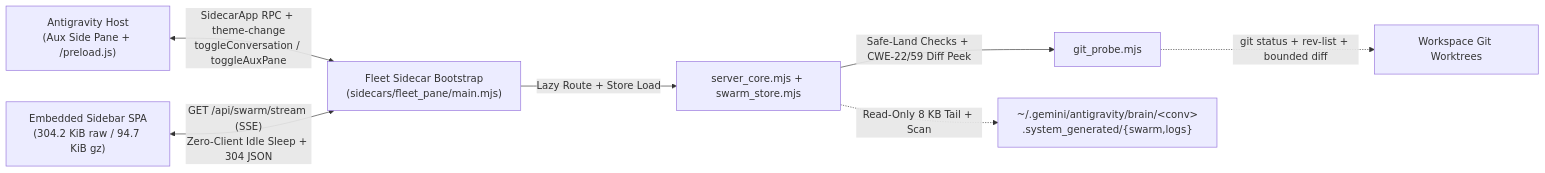
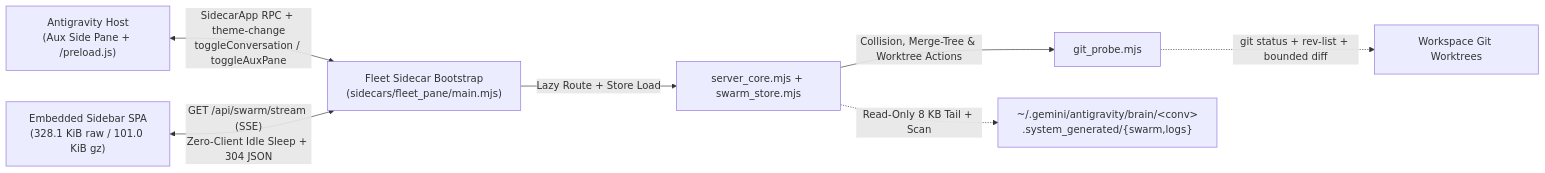
The diagram in README.md (cayleb-james2008/dsh-fleet), drawn with Mermaid before and after one commit. The commit also changed other lines of this file and 14 other files, not shown here.

Commit message:
chore(release): prepare v1.21.0 worktree collisions and merge actions

````diff
--- a/README.md
+++ b/README.md
@@ -82,9 +82,9 @@
 ```mermaid
 flowchart LR
     Host["Antigravity Host<br/>(Aux Side Pane + /preload.js)"] <-->|"SidecarApp RPC + theme-change<br/>toggleConversation / toggleAuxPane"| Backend["Fleet Sidecar Bootstrap<br/>(sidecars/fleet_pane/main.mjs)"]
-    UI["Embedded Sidebar SPA<br/>(304.2 KiB raw / 94.7 KiB gz)"] <-->|"GET /api/swarm/stream (SSE)<br/>Zero-Client Idle Sleep + 304 JSON"| Backend
+    UI["Embedded Sidebar SPA<br/>(328.1 KiB raw / 101.0 KiB gz)"] <-->|"GET /api/swarm/stream (SSE)<br/>Zero-Client Idle Sleep + 304 JSON"| Backend
     Backend -->|"Lazy Route + Store Load"| Core["server_core.mjs + swarm_store.mjs"]
-    Core -->|"Safe-Land Checks + CWE-22/59 Diff Peek"| Git["git_probe.mjs"]
+    Core -->|"Collision, Merge-Tree & Worktree Actions"| Git["git_probe.mjs"]
     Core -.->|"Read-Only 8 KB Tail + Scan"| Brain["~/.gemini/antigravity/brain/&lt;conv&gt;<br/>.system_generated/{swarm,logs}"]
     Git -.->|"git status + rev-list + bounded diff"| WT["Workspace Git Worktrees"]
 ```
````
